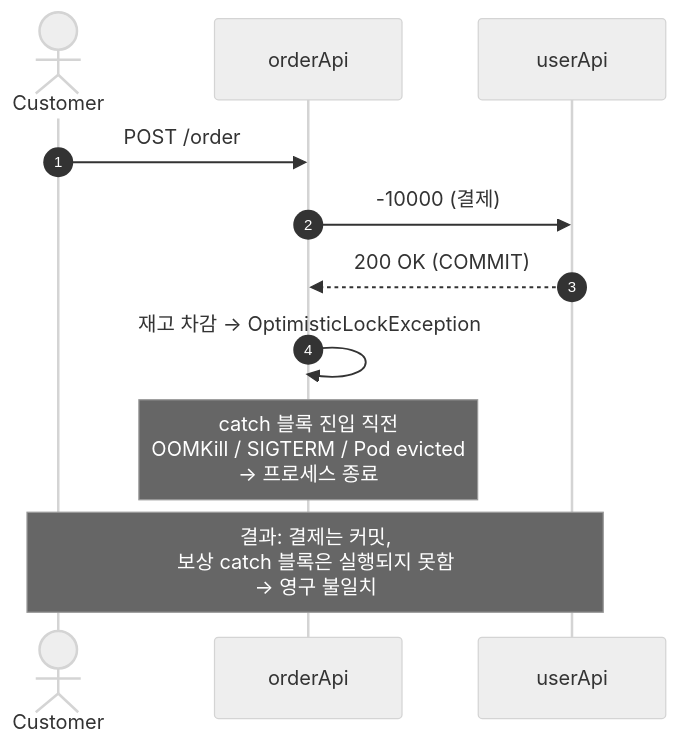
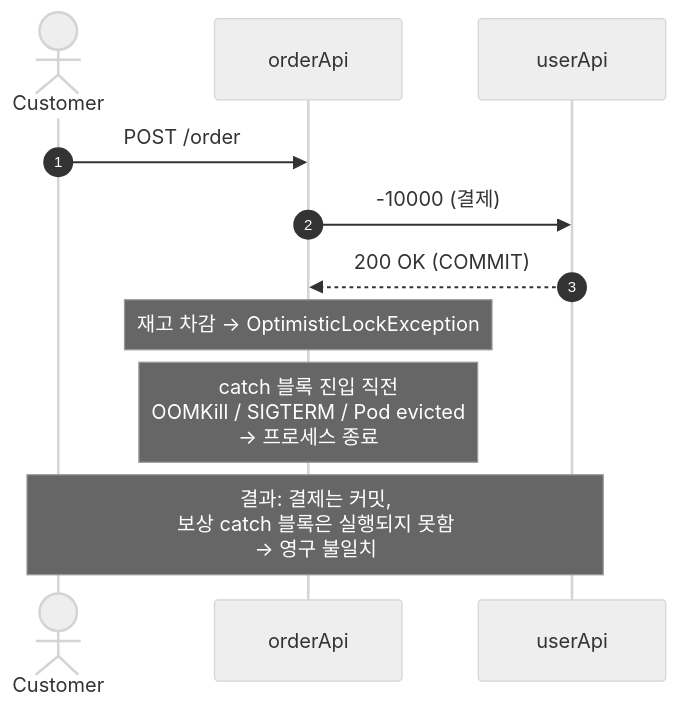
The second of 7 diagrams in ADR/003-choreography-saga-compensation.md (jameskim9509/CommerceAPI), drawn with Mermaid (neutral theme) before and after one commit. The commit also changed other lines of this file, not shown here.

First line of the commit message:
docs: ADR-003 적용 후 forward/compensation 코드 흐름 다이어그램 추가

````diff
--- a/ADR/003-choreography-saga-compensation.md
+++ b/ADR/003-choreography-saga-compensation.md
@@ -61,14 +61,14 @@
 ```mermaid
 sequenceDiagram
     autonumber
     actor U as Customer
     participant O as orderApi
     participant US as userApi
 
     U->>O: POST /order
     O->>US: -10000 (결제)
     US-->>O: 200 OK (COMMIT)
-    O->>O: 재고 차감 → OptimisticLockException
+    Note over O: 재고 차감 → OptimisticLockException
     Note over O: catch 블록 진입 직전<br/>OOMKill / SIGTERM / Pod evicted<br/>→ 프로세스 종료
     Note over U,US: 결과: 결제는 커밋,<br/>보상 catch 블록은 실행되지 못함<br/>→ 영구 불일치
 ```
````
